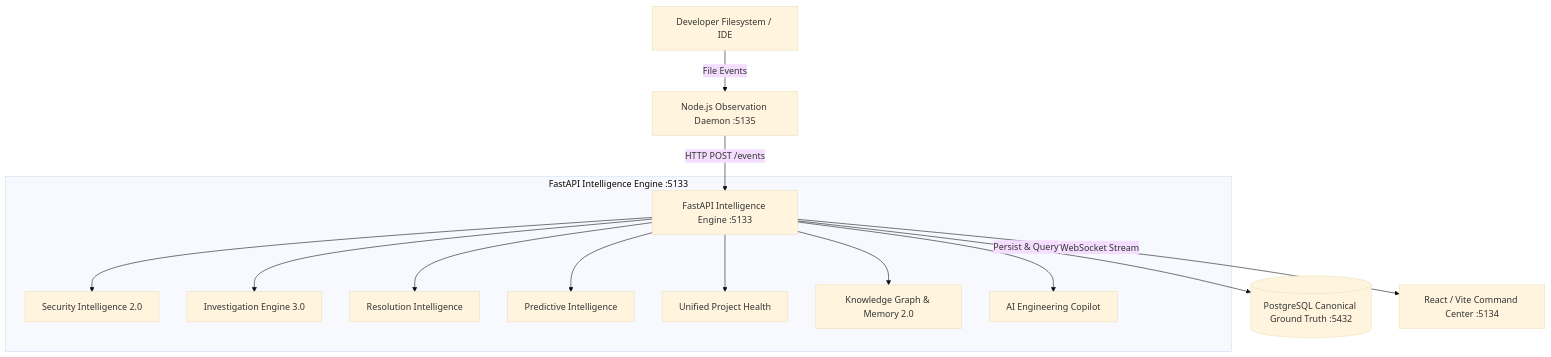
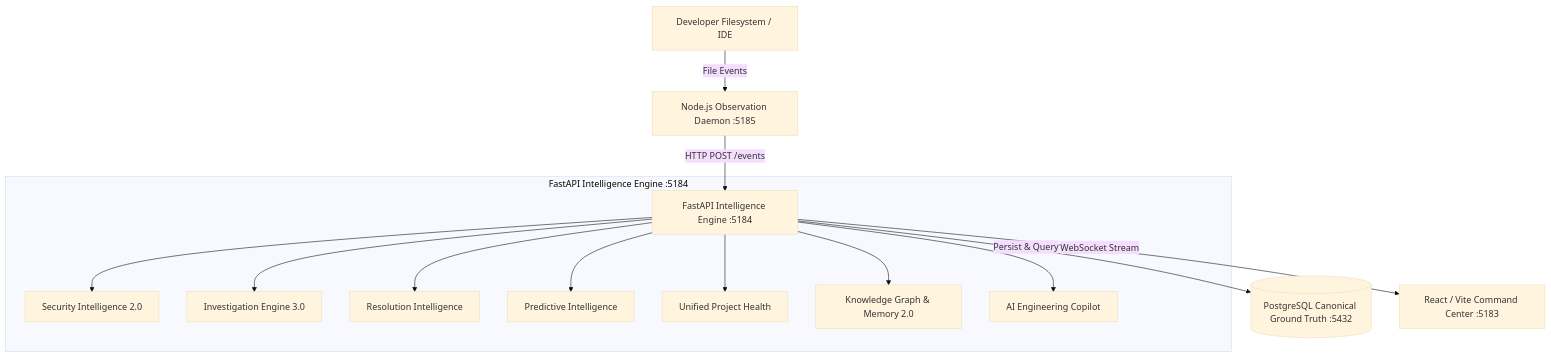
One commit to sanket200511/VibePulse changed the diagram in README.md. Above: the diagram before and after it, drawn with Mermaid (base theme). The commit also changed other lines of this file and 92 other files, not shown here.

Commit message:
feat: complete Correlation & Causality Graph UI/UX redesign with Fullscreen mode, gesture controls, and investigation deep-links

````diff
--- a/README.md
+++ b/README.md
@@ -66,17 +66,17 @@
 ```mermaid
 flowchart TD
-    IDE[Developer Filesystem / IDE] -->|File Events| Daemon[Node.js Observation Daemon :5135]
-    Daemon -->|HTTP POST /events| API[FastAPI Intelligence Engine :5133]
+    IDE[Developer Filesystem / IDE] -->|File Events| Daemon[Node.js Observation Daemon :5185]
+    Daemon -->|HTTP POST /events| API[FastAPI Intelligence Engine :5184]
     API -->|Persist & Query| DB[(PostgreSQL Canonical Ground Truth :5432)]
-    API -->|WebSocket Stream| UI[React / Vite Command Center :5134]
+    API -->|WebSocket Stream| UI[React / Vite Command Center :5183]
 
-    subgraph Intelligence Core [FastAPI Intelligence Engine :5133]
+    subgraph Intelligence Core [FastAPI Intelligence Engine :5184]
         API --> SEC[Security Intelligence 2.0]
         API --> INV[Investigation Engine 3.0]
         API --> RES[Resolution Intelligence]
         API --> PRED[Predictive Intelligence]
         API --> HEALTH[Unified Project Health]
         API --> KG[Knowledge Graph & Memory 2.0]
         API --> COPILOT[AI Engineering Copilot]
     end
 ```
````
